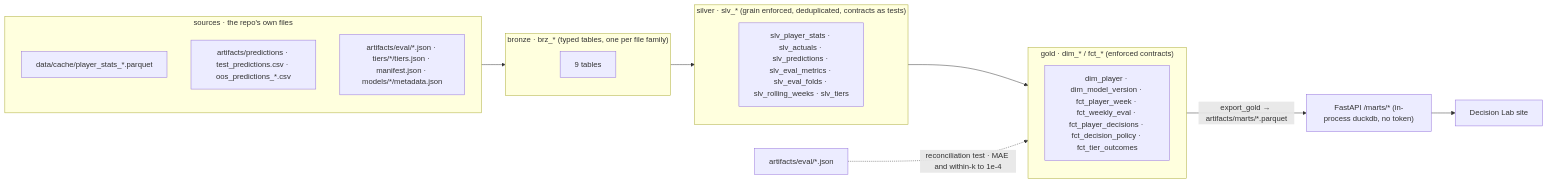
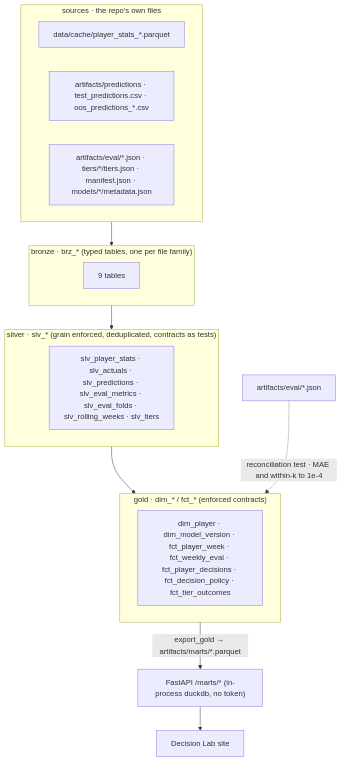
The second of 2 diagrams in README.md (cbratkovics/fantasy-football-ai), drawn with Mermaid before and after one commit.

Commit message:
Correct README.md formatting and flowchart syntax
Fix formatting issues in README.md and update flowchart syntax.

````diff
--- a/README.md
+++ b/README.md
@@ -168,21 +168,21 @@
 ```mermaid
-flowchart LR
+flowchart TB
   subgraph src["sources · the repo's own files"]
     S1["data/cache/player_stats_*.parquet"]
     S2["artifacts/predictions · test_predictions.csv · oos_predictions_*.csv"]
     S3["artifacts/eval/*.json · tiers/*/tiers.json · manifest.json · models/*/metadata.json"]
   end
   subgraph bronze["bronze · brz_* (typed tables, one per file family)"]
     B["9 tables"]
   end
   subgraph silver["silver · slv_* (grain enforced, deduplicated, contracts as tests)"]
     V["slv_player_stats · slv_actuals · slv_predictions · slv_eval_metrics · slv_eval_folds · slv_rolling_weeks · slv_tiers"]
   end
   subgraph gold["gold · dim_* / fct_* (enforced contracts)"]
     G["dim_player · dim_model_version · fct_player_week · fct_weekly_eval · fct_player_decisions · fct_decision_policy · fct_tier_outcomes"]
   end
   src --> bronze --> silver --> gold
   gold -- "export_gold → artifacts/marts/*.parquet" --> API["FastAPI /marts/* (in-process duckdb, no token)"]
   API --> UI["Decision Lab site"]
   E["artifacts/eval/*.json"] -. "reconciliation test · MAE and within-k to 1e-4" .-> gold
 ```
````
